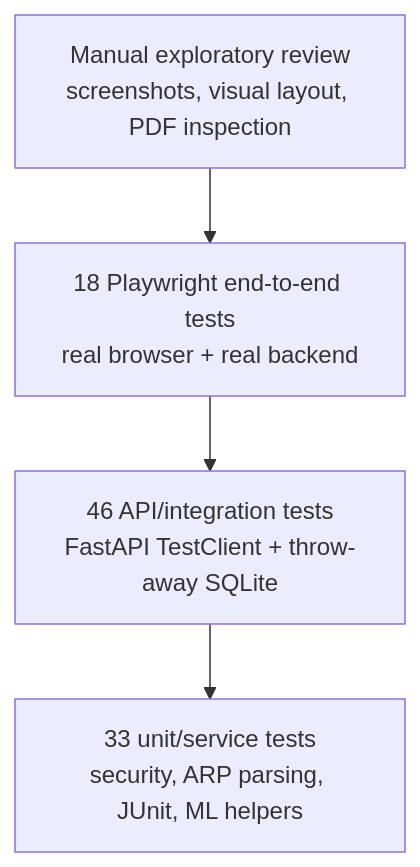
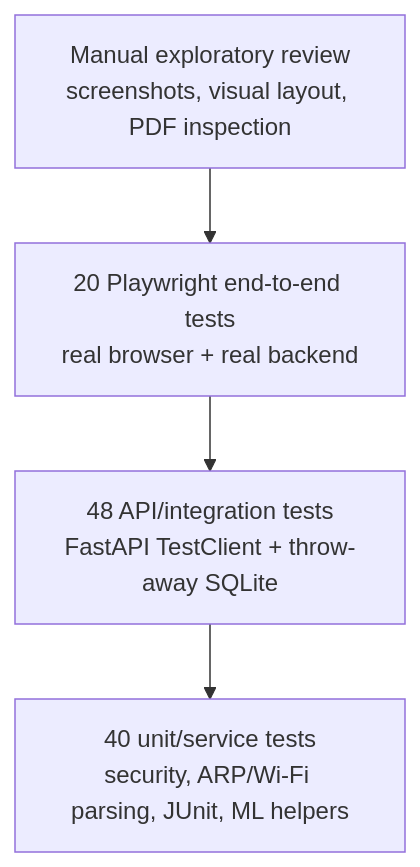
Before and after one commit to mohamedsuhail2218/my-project: the diagram in NetPulse-AI/documentation/05-testing-and-results.md, drawn with Mermaid. The commit also changed other lines of this file and 18 other files, not shown here.

First line of the commit message:
Add read-only current Wi-Fi access point flow

````diff
--- a/NetPulse-AI/documentation/05-testing-and-results.md
+++ b/NetPulse-AI/documentation/05-testing-and-results.md
@@ -59,9 +59,9 @@
 ```mermaid
 flowchart TB
-    E2E["18 Playwright end-to-end tests<br/>real browser + real backend"]
-    INT["46 API/integration tests<br/>FastAPI TestClient + throw-away SQLite"]
-    UNIT["33 unit/service tests<br/>security, ARP parsing, JUnit, ML helpers"]
+    E2E["20 Playwright end-to-end tests<br/>real browser + real backend"]
+    INT["48 API/integration tests<br/>FastAPI TestClient + throw-away SQLite"]
+    UNIT["40 unit/service tests<br/>security, ARP/Wi-Fi parsing, JUnit, ML helpers"]
     MAN["Manual exploratory review<br/>screenshots, visual layout, PDF inspection"]
 
     MAN --> E2E --> INT --> UNIT
 ```
````
